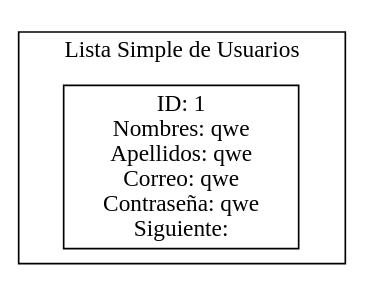
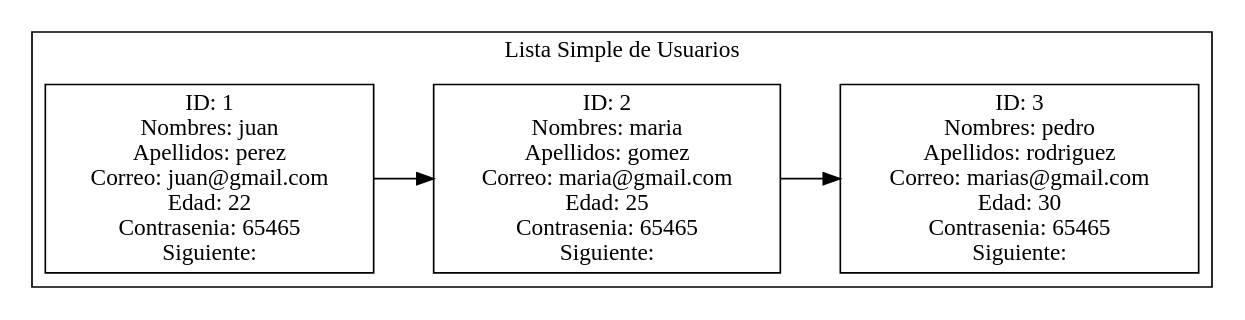
Before and after one commit to eric-rojas/-EDD-1S2025_202200331: the diagram in FASE_2/AutoGestPro/bin/Debug/net9.0/Reports/usuarios.dot, drawn with Graphviz. The commit also changed 158 other files, not shown here.

```diff
--- a/FASE_2/AutoGestPro/bin/Debug/net9.0/Reports/usuarios.dot
+++ b/FASE_2/AutoGestPro/bin/Debug/net9.0/Reports/usuarios.dot
@@ -1,8 +1,12 @@
 digraph G {
     node [shape=record];
     rankdir=LR;
     subgraph cluster_0 {
         label = "Lista Simple de Usuarios";
-        n0 [label = "{<data> ID: 1 \nNombres: qwe \nApellidos: qwe \nCorreo: qwe \nContraseña: qwe \nSiguiente: }"];
+        n0 [label = "{<data> ID: 1 \nNombres: juan \nApellidos: perez \nCorreo: juan@gmail.com \nEdad: 22 \nContrasenia: 65465 \nSiguiente: }"];
+        n1 [label = "{<data> ID: 2 \nNombres: maria \nApellidos: gomez \nCorreo: maria@gmail.com \nEdad: 25 \nContrasenia: 65465 \nSiguiente: }"];
+        n2 [label = "{<data> ID: 3 \nNombres: pedro \nApellidos: rodriguez \nCorreo: marias@gmail.com \nEdad: 30 \nContrasenia: 65465 \nSiguiente: }"];
+        n0 -> n1;
+        n1 -> n2;
     }
 }
```
